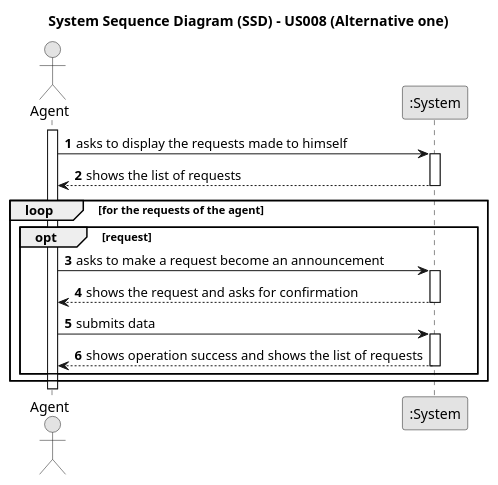
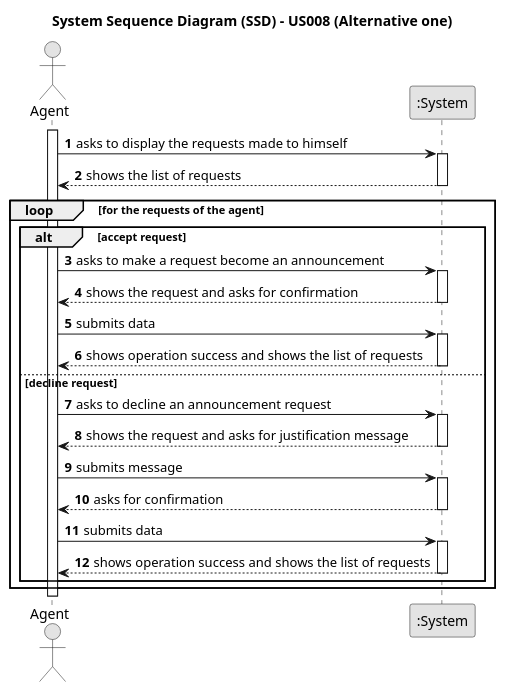
Before and after one commit to rita-barbosa/LAPR2-2223: the diagram in docs/sprintC/us008/01.requirements-engineering/puml/us008-system-sequence-diagram-alternative-one.puml, drawn with PlantUML.

Commit message:
Update SSD [US008][Requirements Engineering]

```diff
--- a/docs/sprintC/us008/01.requirements-engineering/puml/us008-system-sequence-diagram-alternative-one.puml
+++ b/docs/sprintC/us008/01.requirements-engineering/puml/us008-system-sequence-diagram-alternative-one.puml
@@ -1,41 +1,75 @@
 @startuml
 skinparam monochrome true
 skinparam packageStyle rectangle
 skinparam shadowing false
 
 title System Sequence Diagram (SSD) - US008 (Alternative one)
 
 autonumber
 
 actor "Agent" as Employee
 participant ":System" as System
 
 activate Employee
 
     Employee -> System : asks to display the requests made to himself
     activate System
 
     System --> Employee : shows the list of requests
     deactivate System
 
     loop for the requests of the agent
 
-        opt request
-
+        alt accept request
         Employee -> System : asks to make a request become an announcement
         activate System
 
         System --> Employee : shows the request and asks for confirmation
         deactivate System
 
         Employee -> System : submits data
         activate System
 
         System --> Employee : shows operation success and shows the list of requests
         deactivate System
 
+        else decline request
+        Employee -> System : asks to decline an announcement request
+        activate System
+
+        System --> Employee : shows the request and asks for justification message
+        deactivate System
+
+        Employee -> System :submits message
+        activate System
+
+        System --> Employee : asks for confirmation
+        deactivate System
+
+        Employee -> System : submits data
+        activate System
+
+        System --> Employee : shows operation success and shows the list of requests
+        deactivate System
+
         end
+
+'        opt request
+'
+'        Employee -> System : asks to make a request become an announcement
+'        activate System
+'
+'        System --> Employee : shows the request and asks for confirmation
+'        deactivate System
+'
+'        Employee -> System : submits data
+'        activate System
+'
+'        System --> Employee : shows operation success and shows the list of requests
+'        deactivate System
+'
+'        end
 
     end
 
 @enduml
```
